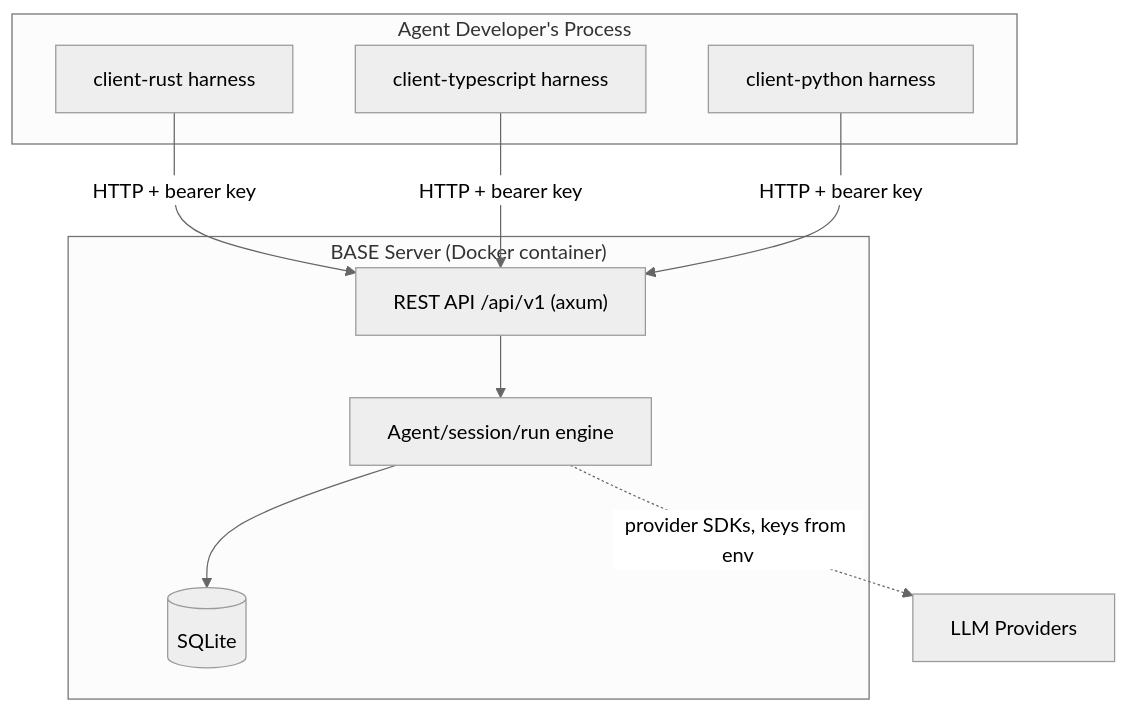
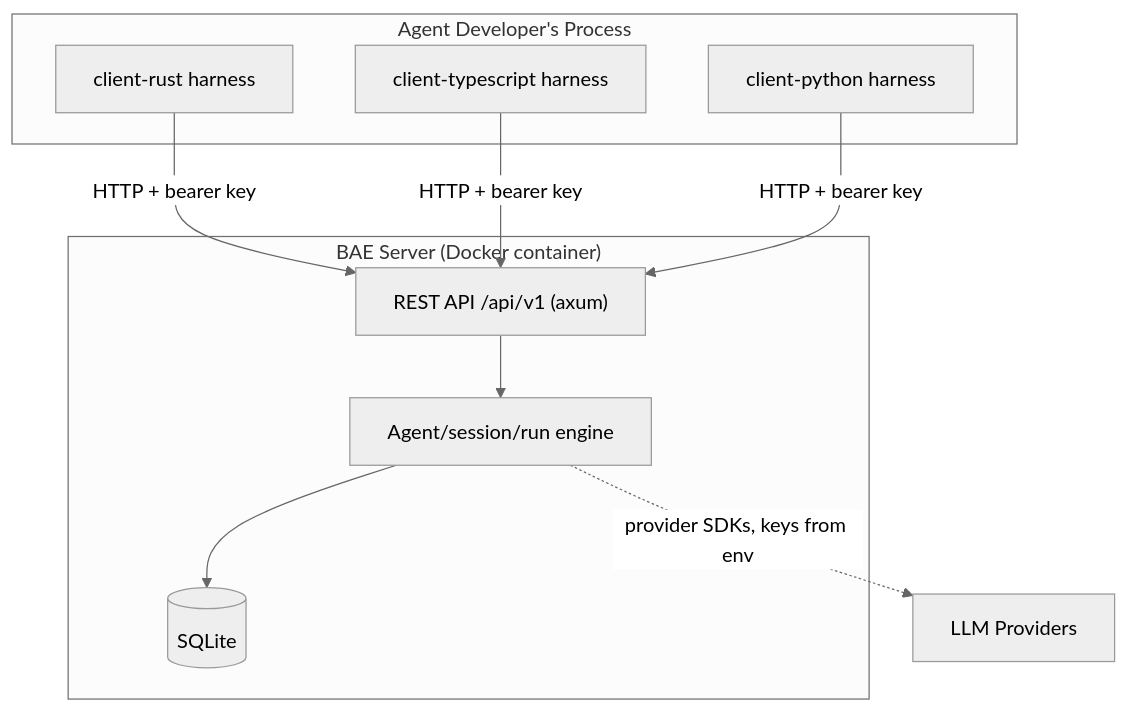
Before and after one commit to prettysmartdev/better-agent-engine: the diagram in aspec/architecture/design.md, drawn with Mermaid (neutral theme). The commit also changed other lines of this file and 40 other files, not shown here.

````diff
--- a/aspec/architecture/design.md
+++ b/aspec/architecture/design.md
@@ -26,20 +26,20 @@
 ```mermaid
 graph TD
     subgraph "Agent Developer's Process"
         RC[client-rust harness]
         TC[client-typescript harness]
         PC[client-python harness]
     end
 
-    subgraph "BASE Server (Docker container)"
+    subgraph "BAE Server (Docker container)"
         API["REST API /api/v1 (axum)"]
         ENG[Agent/session/run engine]
         DB[(SQLite)]
         API --> ENG --> DB
     end
 
     RC -->|HTTP + bearer key| API
     TC -->|HTTP + bearer key| API
     PC -->|HTTP + bearer key| API
     ENG -.->|provider SDKs, keys from env| LLM[LLM Providers]
 ```
````
